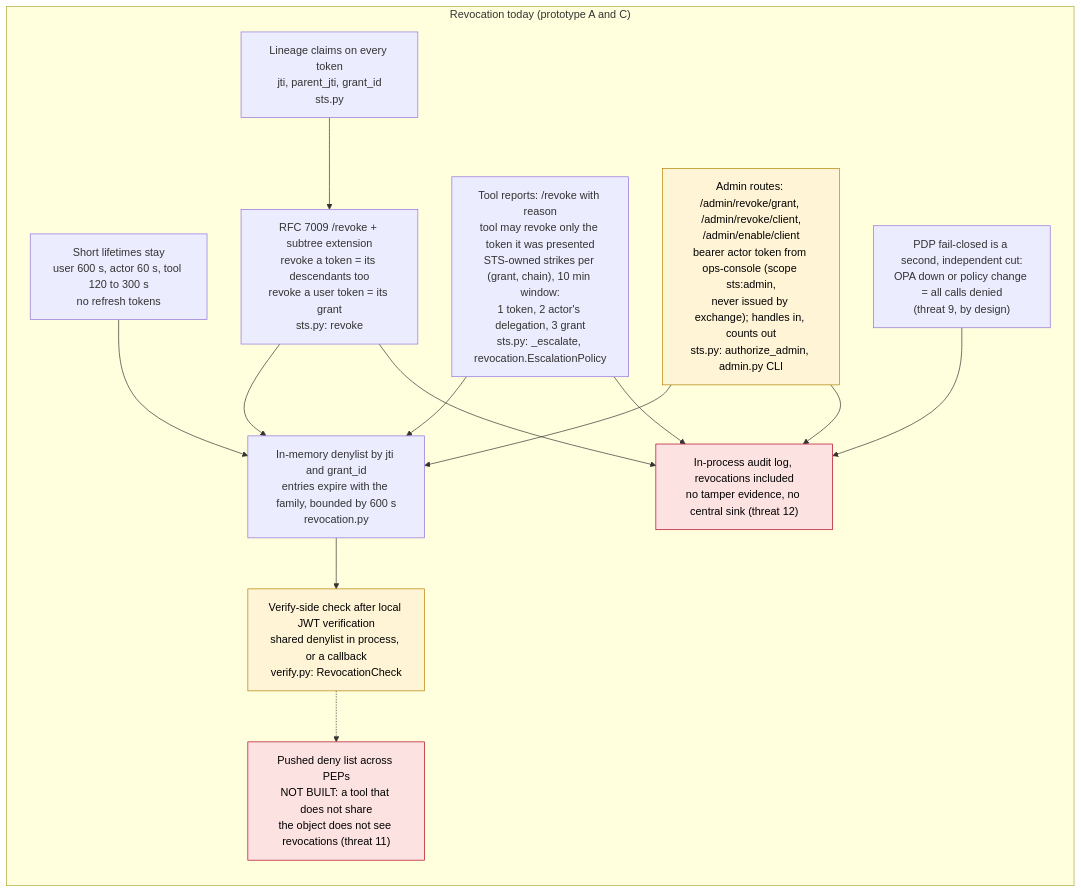
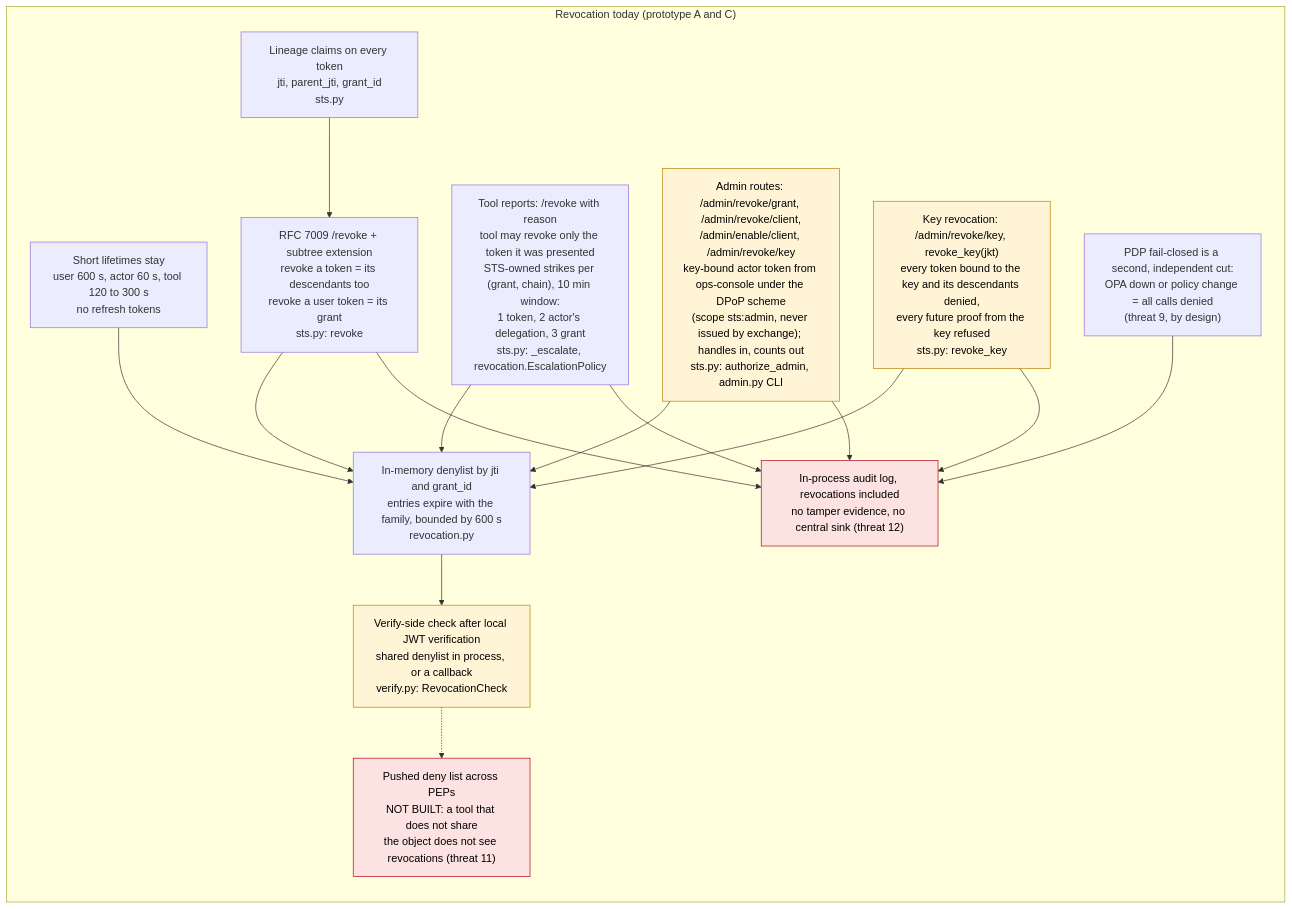
One commit to ianisms/ai-orchestrator changed the fourth of 5 diagrams in security/DIAGRAMS.md. Above: the diagram before and after it, drawn with Mermaid. The commit also changed other lines of this file and 16 other files, not shown here.

First line of the commit message:
feat(security): DPoP sender-constrained tokens across the exchange chain (threat 1)

````diff
--- a/security/DIAGRAMS.md
+++ b/security/DIAGRAMS.md
@@ -180,28 +193,31 @@
 ```mermaid
 flowchart LR
     subgraph Today["Revocation today (prototype A and C)"]
         TTL["Short lifetimes stay<br/>user 600 s, actor 60 s, tool 120 to 300 s<br/>no refresh tokens"]
         LIN["Lineage claims on every token<br/>jti, parent_jti, grant_id<br/>sts.py"]
         REV["RFC 7009 /revoke + subtree extension<br/>revoke a token = its descendants too<br/>revoke a user token = its grant<br/>sts.py: revoke"]
         RPT["Tool reports: /revoke with reason<br/>tool may revoke only the token it was presented<br/>STS-owned strikes per (grant, chain), 10 min window:<br/>1 token, 2 actor's delegation, 3 grant<br/>sts.py: _escalate, revocation.EscalationPolicy"]
-        ADM["Admin routes: /admin/revoke/grant, /admin/revoke/client,<br/>/admin/enable/client<br/>bearer actor token from ops-console (scope sts:admin,<br/>never issued by exchange); handles in, counts out<br/>sts.py: authorize_admin, admin.py CLI"]
+        ADM["Admin routes: /admin/revoke/grant, /admin/revoke/client,<br/>/admin/enable/client, /admin/revoke/key<br/>key-bound actor token from ops-console under the DPoP scheme<br/>(scope sts:admin, never issued by exchange); handles in, counts out<br/>sts.py: authorize_admin, admin.py CLI"]
+        KREV["Key revocation: /admin/revoke/key, revoke_key(jkt)<br/>every token bound to the key and its descendants denied,<br/>every future proof from the key refused<br/>sts.py: revoke_key"]
         DENY["In-memory denylist by jti and grant_id<br/>entries expire with the family, bounded by 600 s<br/>revocation.py"]
         HOOK["Verify-side check after local JWT verification<br/>shared denylist in process, or a callback<br/>verify.py: RevocationCheck"]
         PUSH["Pushed deny list across PEPs<br/>NOT BUILT: a tool that does not share<br/>the object does not see revocations (threat 11)"]
         PDPX["PDP fail-closed is a second, independent cut:<br/>OPA down or policy change = all calls denied<br/>(threat 9, by design)"]
         LOG["In-process audit log, revocations included<br/>no tamper evidence, no central sink (threat 12)"]
     end
     LIN --> REV --> DENY --> HOOK
     RPT --> DENY
     ADM --> DENY
+    KREV --> DENY
     HOOK -.-> PUSH
     TTL --> DENY
     PDPX --> LOG
     REV --> LOG
     RPT --> LOG
     ADM --> LOG
+    KREV --> LOG
     classDef gap fill:#fde2e2,stroke:#b00020,color:#000;
     classDef partial fill:#fff4d6,stroke:#b58100,color:#000;
     class PUSH,LOG gap;
-    class HOOK,ADM partial;
+    class HOOK,ADM,KREV partial;
 ```
````
